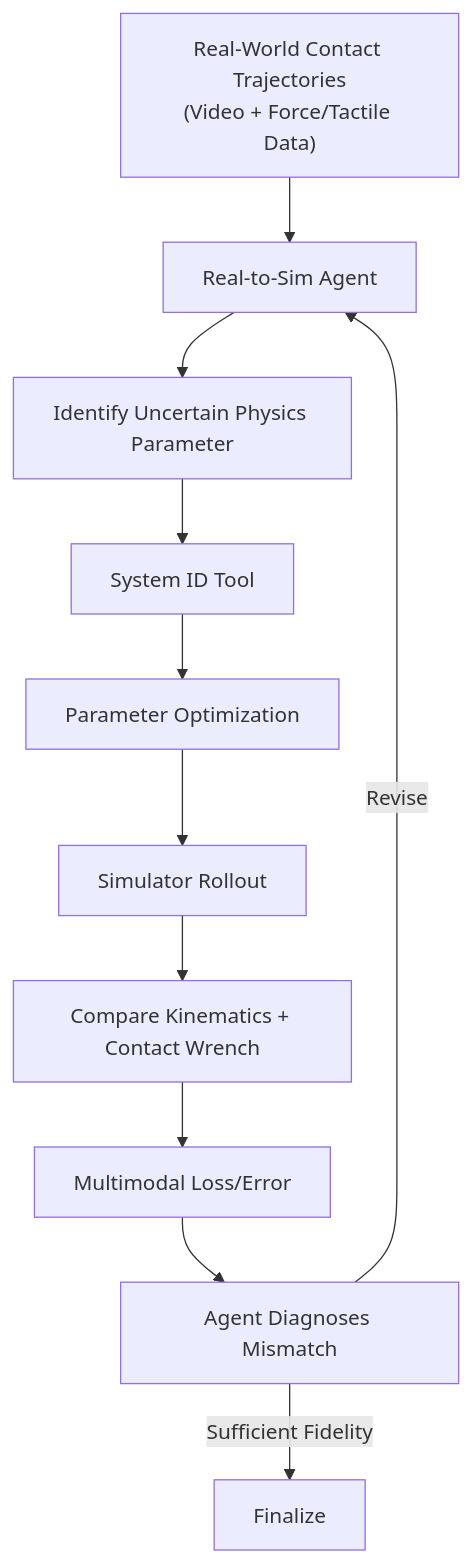
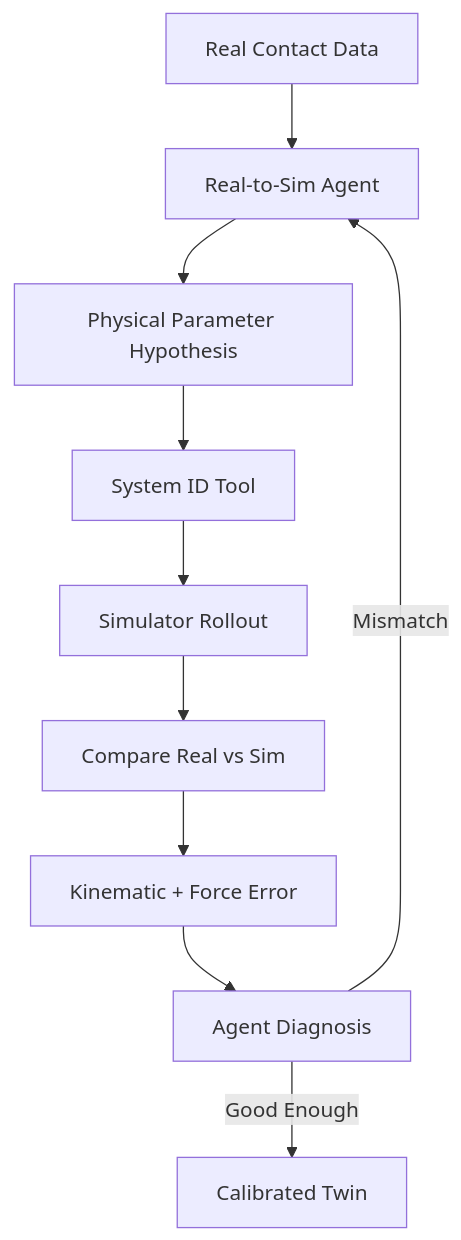
One commit to Freelunch-AI/freelunch-ide changed the seventh of 15 diagrams in docs/specs/post-demo/lunch_robotics.md. Above: the diagram before and after it, drawn with Mermaid. The commit also changed other lines of this file, not shown here.

````diff
--- a/docs/specs/post-demo/lunch_robotics.md
+++ b/docs/specs/post-demo/lunch_robotics.md
@@ -171,15 +504,15 @@
 ```mermaid
 flowchart TD
-    A["Real-World Contact Trajectories<br/>(Video + Force/Tactile Data)"] --> B["Real-to-Sim Agent"]
+    A["Real Contact Data"] --> B["Real-to-Sim Agent"]
+    B --> C["Physical Parameter Hypothesis"]
+    C --> D["System ID Tool"]
+    D --> E["Simulator Rollout"]
 
-    B --> C["Identify Uncertain Physics Parameter"]
-    C --> D["System ID Tool"]
-    D --> E["Parameter Optimization"]
-    E --> F["Simulator Rollout"]
-    F --> G["Compare Kinematics + Contact Wrench"]
-    G --> H["Multimodal Loss/Error"]
-    H --> I["Agent Diagnoses Mismatch"]
+    E --> F["Compare Real vs Sim"]
+    F --> G["Kinematic + Force Error"]
 
-    I -->|"Revise"| B
-    I -->|"Sufficient Fidelity"| J["Finalize"]
+    G --> H["Agent Diagnosis"]
+
+    H -->|"Mismatch"| B
+    H -->|"Good Enough"| I["Calibrated Twin"]
 ```
````
